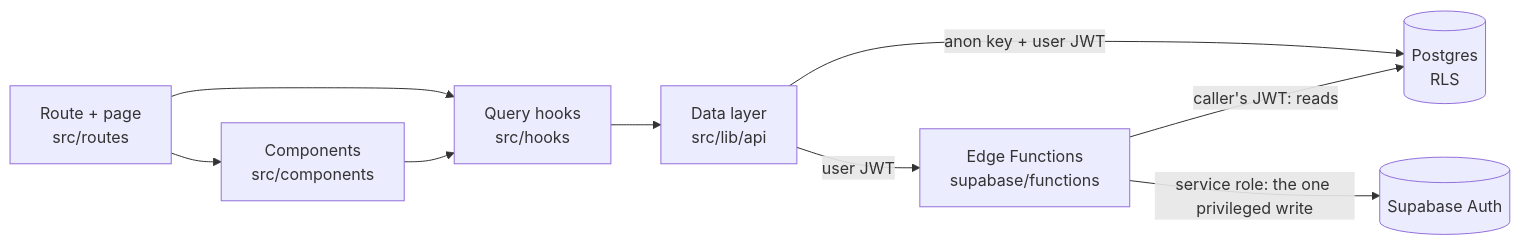
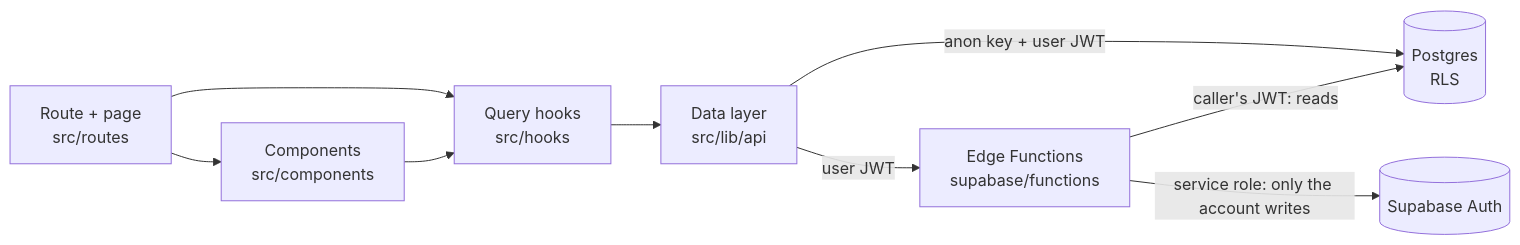
Before and after one commit to PatrikNoordh/mini-ats: the diagram in README.md, drawn with Mermaid. The commit also changed other lines of this file, not shown here.

Commit message:
(Opus 5.5) docs [ATS-16] say the service role does only the account writes, as in CLAUDE.md rule 2

````diff
--- a/README.md
+++ b/README.md
@@ -119,11 +119,11 @@
 ```mermaid
 flowchart LR
     Route["Route + page<br/>src/routes"] --> Comp["Components<br/>src/components"]
     Route --> Hook["Query hooks<br/>src/hooks"]
     Comp --> Hook
     Hook --> API["Data layer<br/>src/lib/api"]
     API -- "anon key + user JWT" --> PG[(Postgres<br/>RLS)]
     API -- "user JWT" --> EF["Edge Functions<br/>supabase/functions"]
     EF -- "caller's JWT: reads" --> PG
-    EF -- "service role: the one privileged write" --> Auth[(Supabase Auth)]
+    EF -- "service role: only the account writes" --> Auth[(Supabase Auth)]
 ```
````
